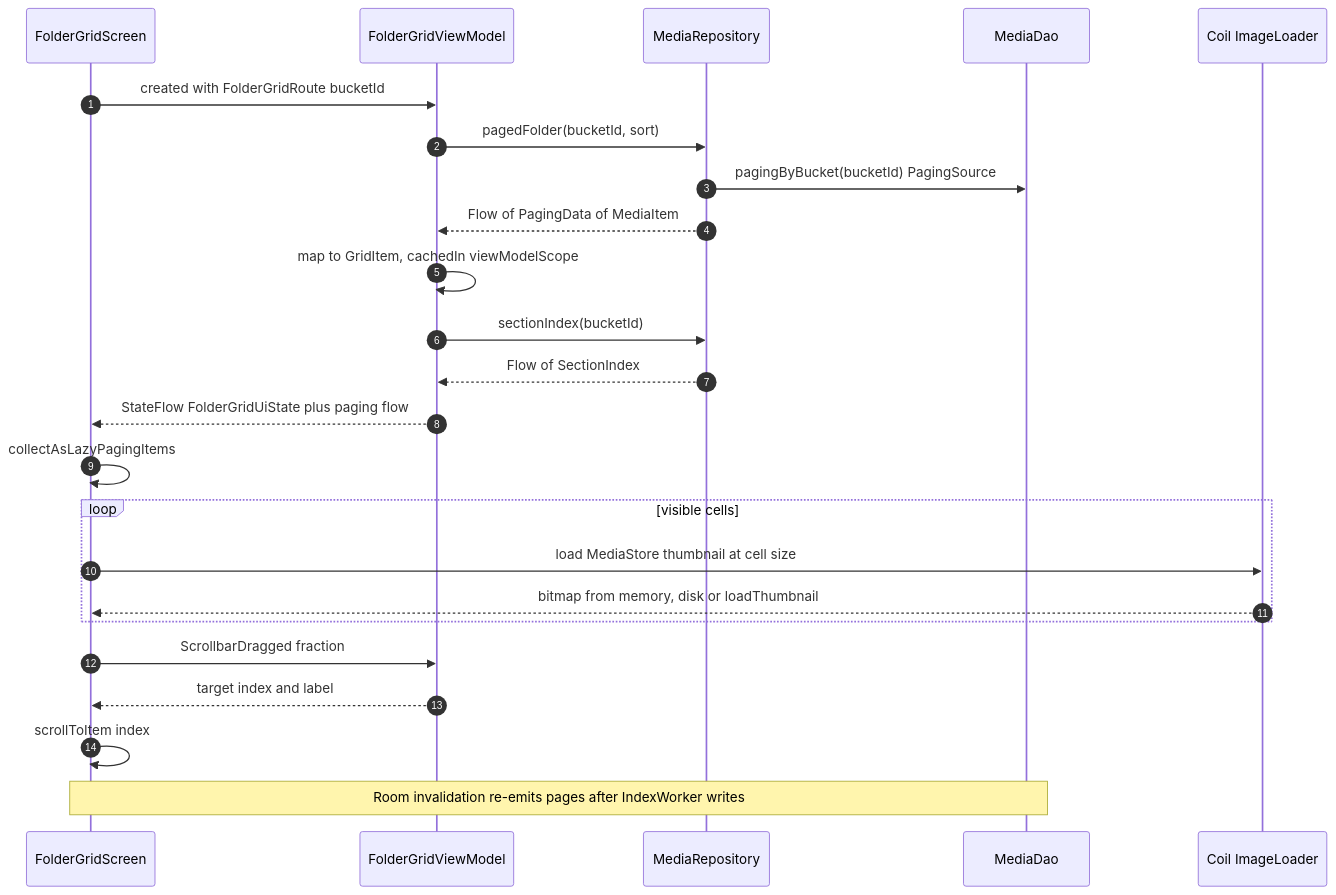
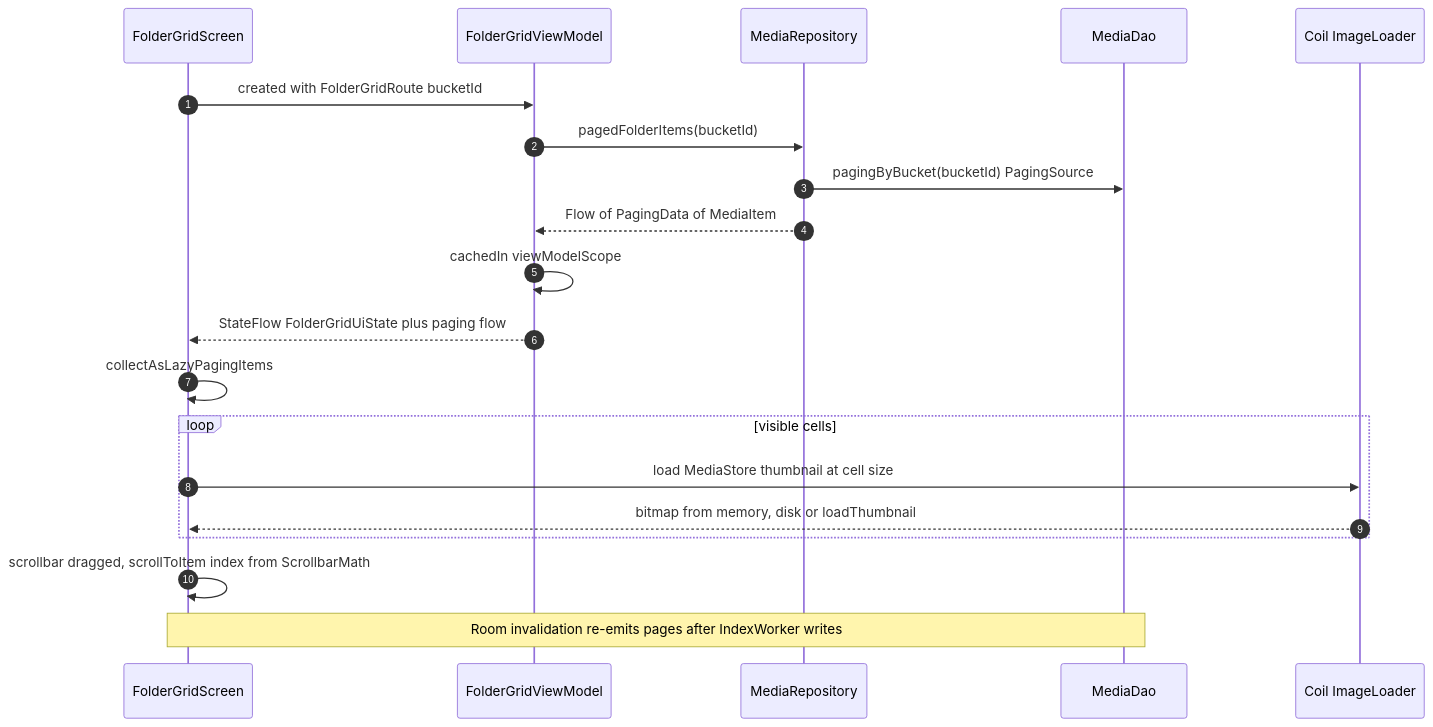
The fifth of 12 diagrams in docs/ARCHITECTURE.md (drehtuer/NextGalleryApp), drawn with Mermaid before and after one commit. The commit also changed other lines of this file and 70 other files, not shown here.

First line of the commit message:
Phase 2: folder view with thumbnail grid and fast scroll

````diff
--- a/docs/ARCHITECTURE.md
+++ b/docs/ARCHITECTURE.md
@@ -513,27 +504,23 @@
 ```mermaid
 sequenceDiagram
     autonumber
     participant UI as FolderGridScreen
     participant VM as FolderGridViewModel
     participant Repo as MediaRepository
     participant DAO as MediaDao
     participant Coil as Coil ImageLoader
 
     UI->>VM: created with FolderGridRoute bucketId
-    VM->>Repo: pagedFolder(bucketId, sort)
+    VM->>Repo: pagedFolderItems(bucketId)
     Repo->>DAO: pagingByBucket(bucketId) PagingSource
     Repo-->>VM: Flow of PagingData of MediaItem
-    VM->>VM: map to GridItem, cachedIn viewModelScope
-    VM->>Repo: sectionIndex(bucketId)
-    Repo-->>VM: Flow of SectionIndex
+    VM->>VM: cachedIn viewModelScope
     VM-->>UI: StateFlow FolderGridUiState plus paging flow
     UI->>UI: collectAsLazyPagingItems
     loop visible cells
         UI->>Coil: load MediaStore thumbnail at cell size
         Coil-->>UI: bitmap from memory, disk or loadThumbnail
     end
-    UI->>VM: ScrollbarDragged fraction
-    VM-->>UI: target index and label
-    UI->>UI: scrollToItem index
+    UI->>UI: scrollbar dragged, scrollToItem index from ScrollbarMath
     Note over DAO,UI: Room invalidation re-emits pages after IndexWorker writes
 ```
````
